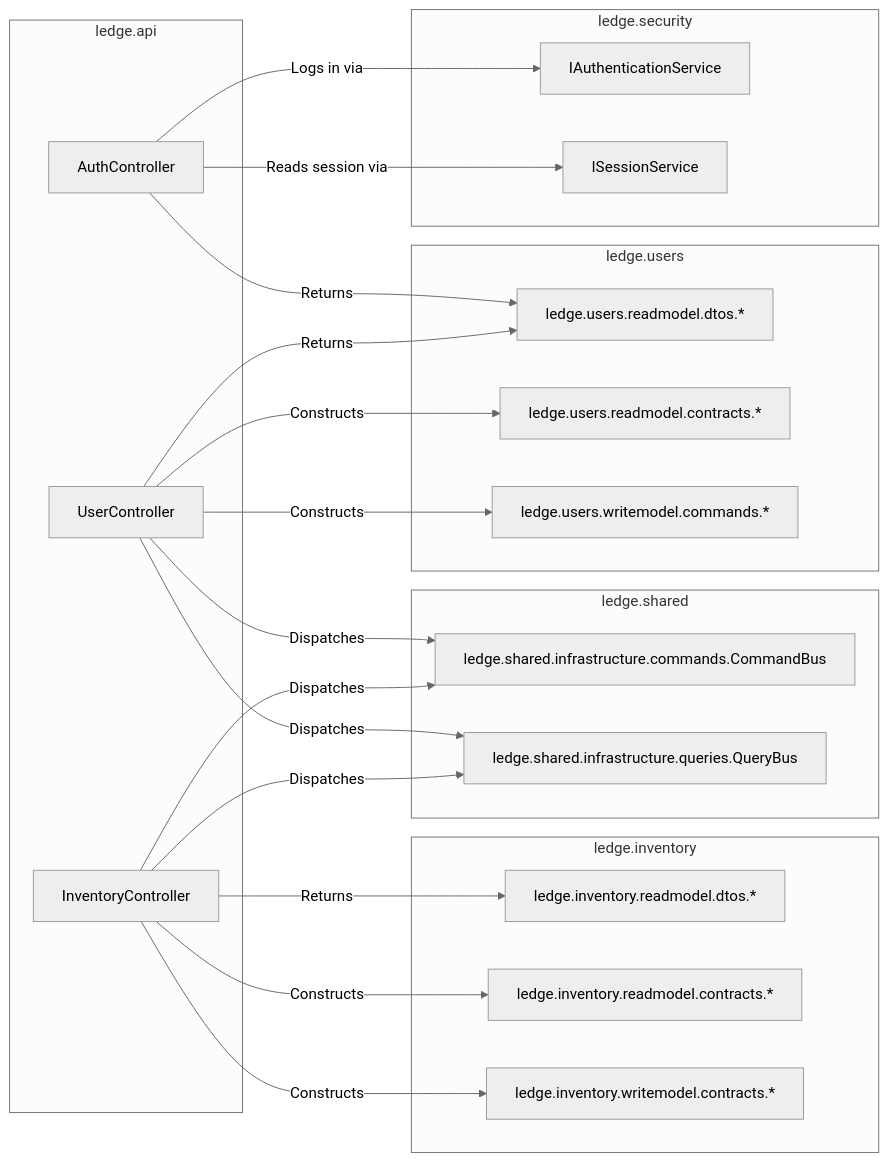
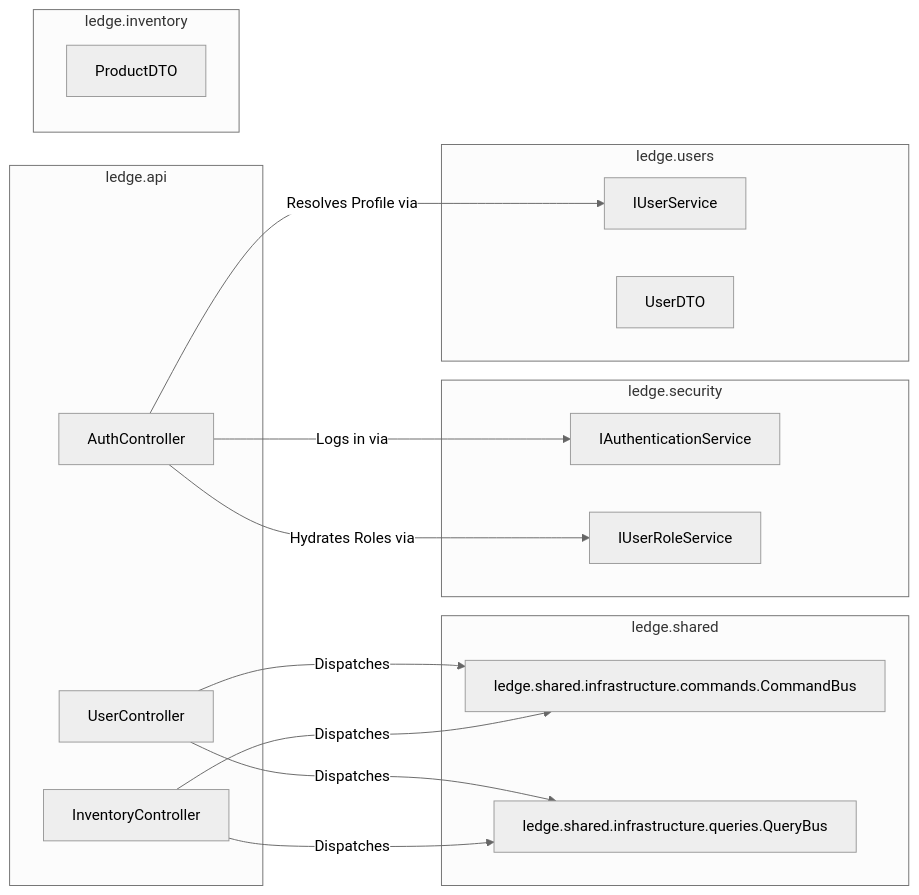
The second of 4 diagrams in docs/dependencies.md (fahad-accordion-23/inventory-manager), drawn with Mermaid (neutral theme) before and after one commit. The commit also changed other lines of this file and 2 other files, not shown here.

Commit message:
docs: update architecture and dependency documentation

````diff
--- a/docs/dependencies.md
+++ b/docs/dependencies.md
@@ -46,48 +47,39 @@
 ```mermaid
 graph LR
     %% API Components
     subgraph ledge.api
         AuthController
         UserController
         InventoryController
     end
 
     %% Targets
     subgraph ledge.shared
         CommandBus[ledge.shared.infrastructure.commands.CommandBus]
         QueryBus[ledge.shared.infrastructure.queries.QueryBus]
     end
 
     subgraph ledge.security
         AuthService[IAuthenticationService]
-        SessionService[ISessionService]
+        RoleService[IUserRoleService]
     end
     
     subgraph ledge.users
-        UserDTOs[ledge.users.readmodel.dtos.*]
-        UserQueries[ledge.users.readmodel.contracts.*]
-        UserCommands[ledge.users.writemodel.commands.*]
+        UsersOHS[IUserService]
+        UserDTOs[UserDTO]
     end
 
     subgraph ledge.inventory
-        InvDTOs[ledge.inventory.readmodel.dtos.*]
-        InvQueries[ledge.inventory.readmodel.contracts.*]
-        InvCommands[ledge.inventory.writemodel.contracts.*]
+        InvDTOs[ProductDTO]
     end
 
     AuthController -->|Logs in via| AuthService
-    AuthController -->|Reads session via| SessionService
-    AuthController -->|Returns| UserDTOs
+    AuthController -->|Resolves Profile via| UsersOHS
+    AuthController -->|Hydrates Roles via| RoleService
 
     UserController -->|Dispatches| CommandBus
     UserController -->|Dispatches| QueryBus
-    UserController -->|Constructs| UserCommands
-    UserController -->|Constructs| UserQueries
-    UserController -->|Returns| UserDTOs
 
     InventoryController -->|Dispatches| CommandBus
     InventoryController -->|Dispatches| QueryBus
-    InventoryController -->|Constructs| InvCommands
-    InventoryController -->|Constructs| InvQueries
-    InventoryController -->|Returns| InvDTOs
 ```
````
